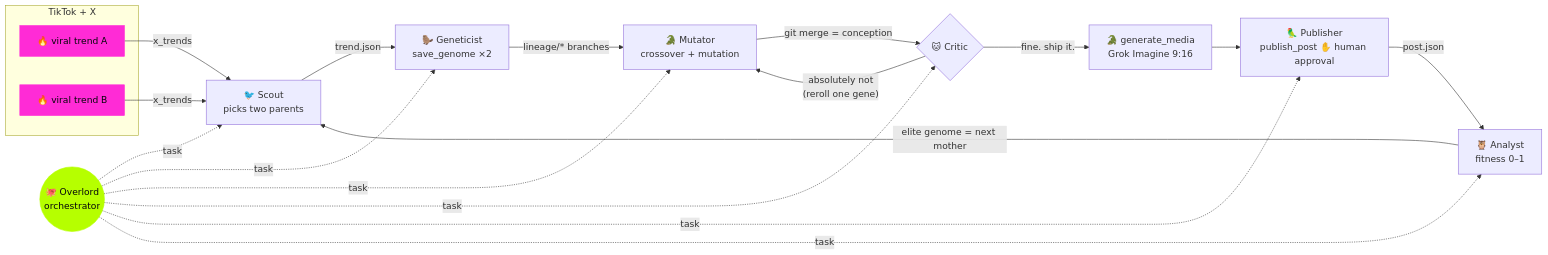
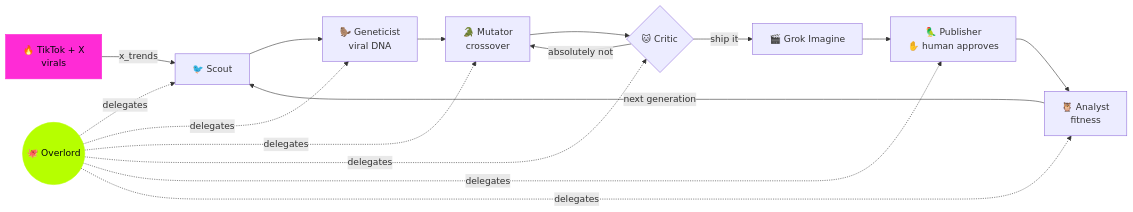
Before and after one commit to WiktorZoga/opalacze: the diagram in README.md, drawn with Mermaid. The commit also changed other lines of this file, not shown here.

````diff
--- a/README.md
+++ b/README.md
@@ -104,26 +28,18 @@
 ```mermaid
 flowchart LR
-    subgraph web["TikTok + X"]
-      T1["🔥 viral trend A"]
-      T2["🔥 viral trend B"]
-    end
-
-    O(("🐙 Overlord<br/>orchestrator"))
-
-    T1 & T2 -->|x_trends| S["🐦 Scout<br/>picks two parents"]
-    S -->|trend.json| G["🦫 Geneticist<br/>save_genome ×2"]
-    G -->|"lineage/* branches"| M["🐊 Mutator<br/>crossover + mutation"]
-    M -->|"git merge = conception"| C{"🐱 Critic"}
-    C -->|"absolutely not<br/>(reroll one gene)"| M
-    C -->|"fine. ship it."| R["🐊 generate_media<br/>Grok Imagine 9:16"]
-    R --> P["🦜 Publisher<br/>publish_post ✋ human approval"]
-    P -->|post.json| A["🦉 Analyst<br/>fitness 0–1"]
-    A -->|"elite genome = next mother"| S
-
-    O -. task .-> S & G & M & C & P & A
+    T["🔥 TikTok + X<br/>virals"] -->|x_trends| S["🐦 Scout"]
+    S --> G["🦫 Geneticist<br/>viral DNA"]
+    G --> M["🐊 Mutator<br/>crossover"]
+    M --> C{"🐱 Critic"}
+    C -->|absolutely not| M
+    C -->|ship it| R["🎬 Grok Imagine"]
+    R --> P["🦜 Publisher<br/>✋ human approves"]
+    P --> A["🦉 Analyst<br/>fitness"]
+    A -->|next generation| S
+    O(("🐙 Overlord")) -. delegates .-> S & G & M & C & P & A
 
     classDef hot fill:#ff2bd6,stroke:#ff2bd6,color:#05060a
     classDef acid fill:#b6ff00,stroke:#b6ff00,color:#05060a
-    class T1,T2 hot
+    class T hot
     class O acid
 ```
````
